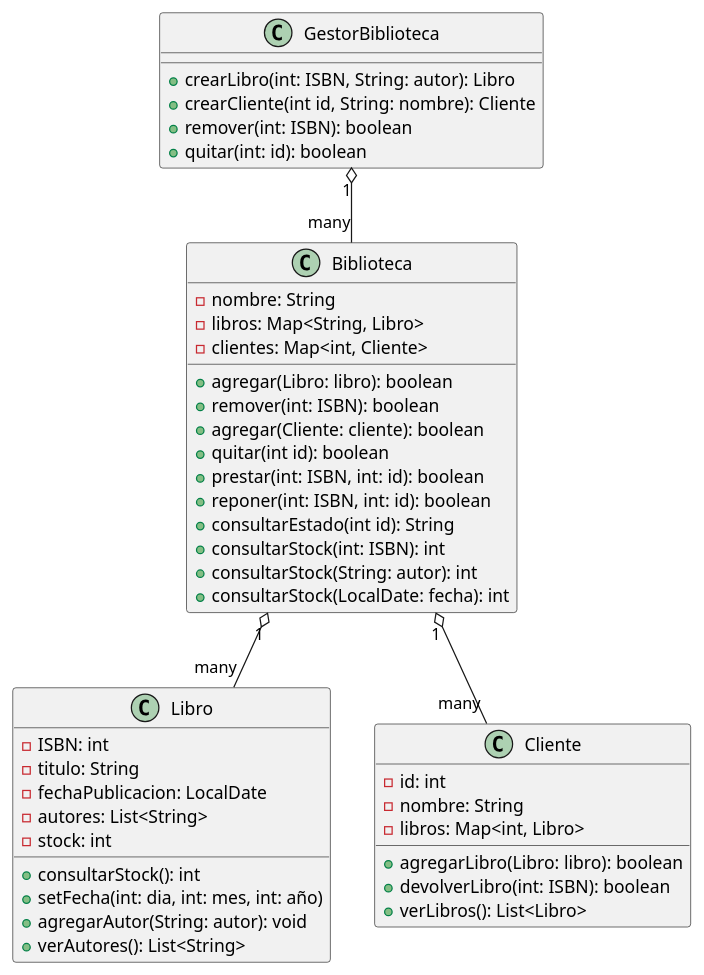
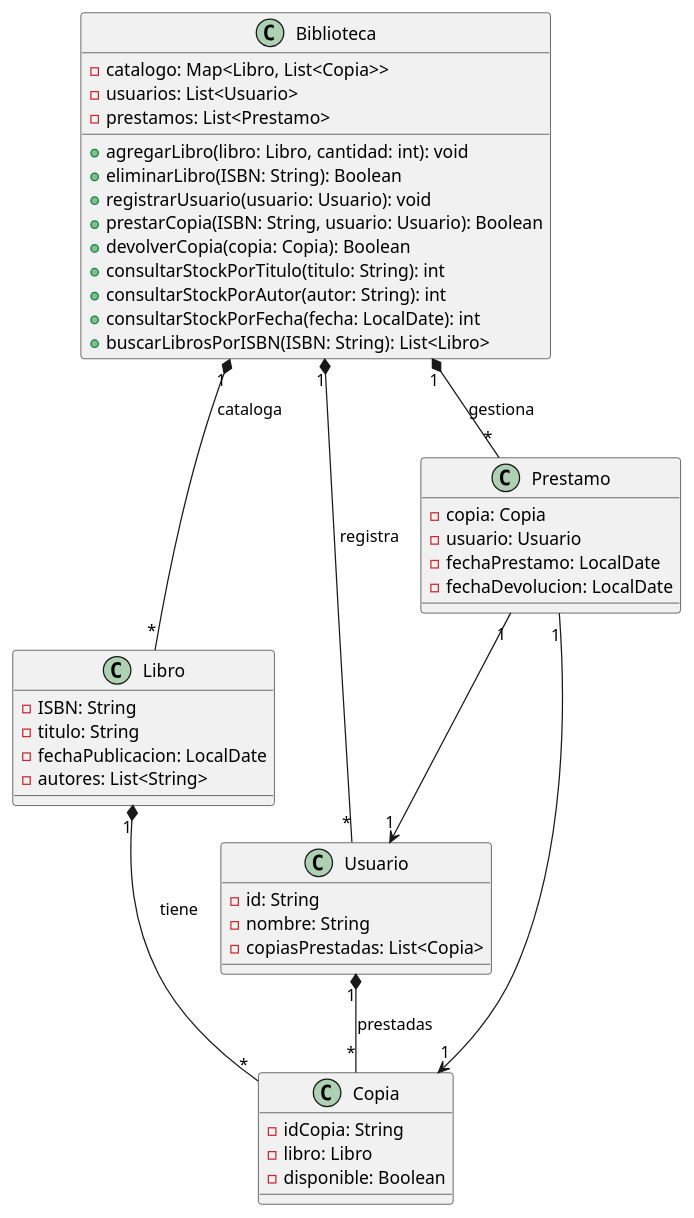
The diagram in ejercicios/guia1/biblioteca/src/main/resources/biblioteca.puml (PabloDiosquez/Algoritmos_III), drawn with PlantUML before and after one commit.

Commit message:
Actualizar biblioteca.puml

```diff
--- a/ejercicios/guia1/biblioteca/src/main/resources/biblioteca.puml
+++ b/ejercicios/guia1/biblioteca/src/main/resources/biblioteca.puml
@@ -1,55 +1,53 @@
 @startuml
-'https://plantuml.com/class-diagram
 
-class Libro{
--ISBN: int
--titulo: String
--fechaPublicacion: LocalDate
--autores: List<String>
--stock: int
+class Biblioteca {
+  -catalogo: Map<Libro, List<Copia>>
+  -usuarios: List<Usuario>
+  -prestamos: List<Prestamo>
 
-+consultarStock(): int
-+setFecha(int: dia, int: mes, int: año)
-+agregarAutor(String: autor): void
-+verAutores(): List<String>
+  +agregarLibro(libro: Libro, cantidad: int): void
+  +eliminarLibro(ISBN: String): Boolean
+  +registrarUsuario(usuario: Usuario): void
+  +prestarCopia(ISBN: String, usuario: Usuario): Boolean
+  +devolverCopia(copia: Copia): Boolean
+  +consultarStockPorTitulo(titulo: String): int
+  +consultarStockPorAutor(autor: String): int
+  +consultarStockPorFecha(fecha: LocalDate): int
+  +buscarLibrosPorISBN(ISBN: String): List<Libro>
 }
 
-class Cliente{
--id: int
--nombre: String
--libros: Map<int, Libro>
-
-+agregarLibro(Libro: libro): boolean
-+devolverLibro(int: ISBN): boolean
-+verLibros(): List<Libro>
+class Libro {
+  -ISBN: String
+  -titulo: String
+  -fechaPublicacion: LocalDate
+  -autores: List<String>
 }
 
-class Biblioteca{
--nombre: String
--libros: Map<String, Libro>
--clientes: Map<int, Cliente>
-
-+agregar(Libro: libro): boolean
-+remover(int: ISBN): boolean
-+agregar(Cliente: cliente): boolean
-+quitar(int id): boolean
-+prestar(int: ISBN, int: id): boolean
-+reponer(int: ISBN, int: id): boolean
-+consultarEstado(int id): String
-+consultarStock(int: ISBN): int
-+consultarStock(String: autor): int
-+consultarStock(LocalDate: fecha): int
+class Copia {
+  -idCopia: String
+  -libro: Libro
+  -disponible: Boolean
 }
 
-class GestorBiblioteca{
-+crearLibro(int: ISBN, String: autor): Libro
-+crearCliente(int id, String: nombre): Cliente
-+remover(int: ISBN): boolean
-+quitar(int: id): boolean
+class Usuario {
+  -id: String
+  -nombre: String
+  -copiasPrestadas: List<Copia>
 }
 
-GestorBiblioteca "1" o-- "many" Biblioteca
-Biblioteca "1" o-- "many" Libro
-Biblioteca "1" o-- "many" Cliente
+class Prestamo {
+  -copia: Copia
+  -usuario: Usuario
+  -fechaPrestamo: LocalDate
+  -fechaDevolucion: LocalDate
+}
+
+Biblioteca "1" *-- "*" Libro: cataloga
+Biblioteca "1" *-- "*" Usuario: registra
+Biblioteca "1" *-- "*" Prestamo: gestiona
+Libro "1" *-- "*" Copia: tiene
+Usuario "1" *-- "*" Copia: prestadas
+Prestamo "1" --> "1" Copia
+Prestamo "1" --> "1" Usuario
 
 @enduml
```
